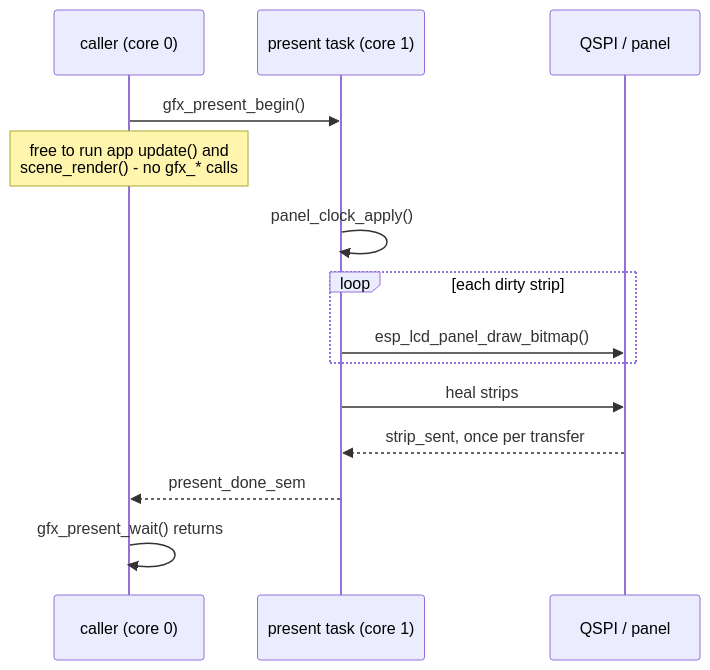
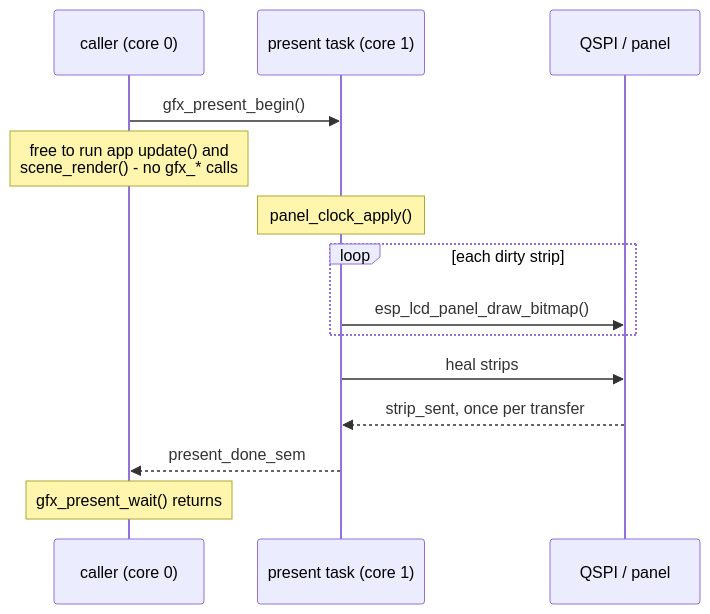
One commit to jose-villegas/autana changed the second of 3 diagrams in docs/gfx/Present.md. Above: the diagram before and after it, drawn with Mermaid. The commit also changed other lines of this file and 2 other files, not shown here.

Commit message:
docs: fix overlapping labels in the frame-loop, present and UI diagrams (autana-s9u0)

````diff
--- a/docs/gfx/Present.md
+++ b/docs/gfx/Present.md
@@ -44,16 +44,16 @@
 ```mermaid
 sequenceDiagram
     participant C as caller (core 0)
     participant P as present task (core 1)
     participant Q as QSPI / panel
     C->>P: gfx_present_begin()
     Note over C: free to run app update() and<br/>scene_render() - no gfx_* calls
-    P->>P: panel_clock_apply()
+    Note over P: panel_clock_apply()
     loop each dirty strip
         P->>Q: esp_lcd_panel_draw_bitmap()
     end
     P->>Q: heal strips
     Q-->>P: strip_sent, once per transfer
     P-->>C: present_done_sem
-    C->>C: gfx_present_wait() returns
+    Note over C: gfx_present_wait() returns
 ```
````
